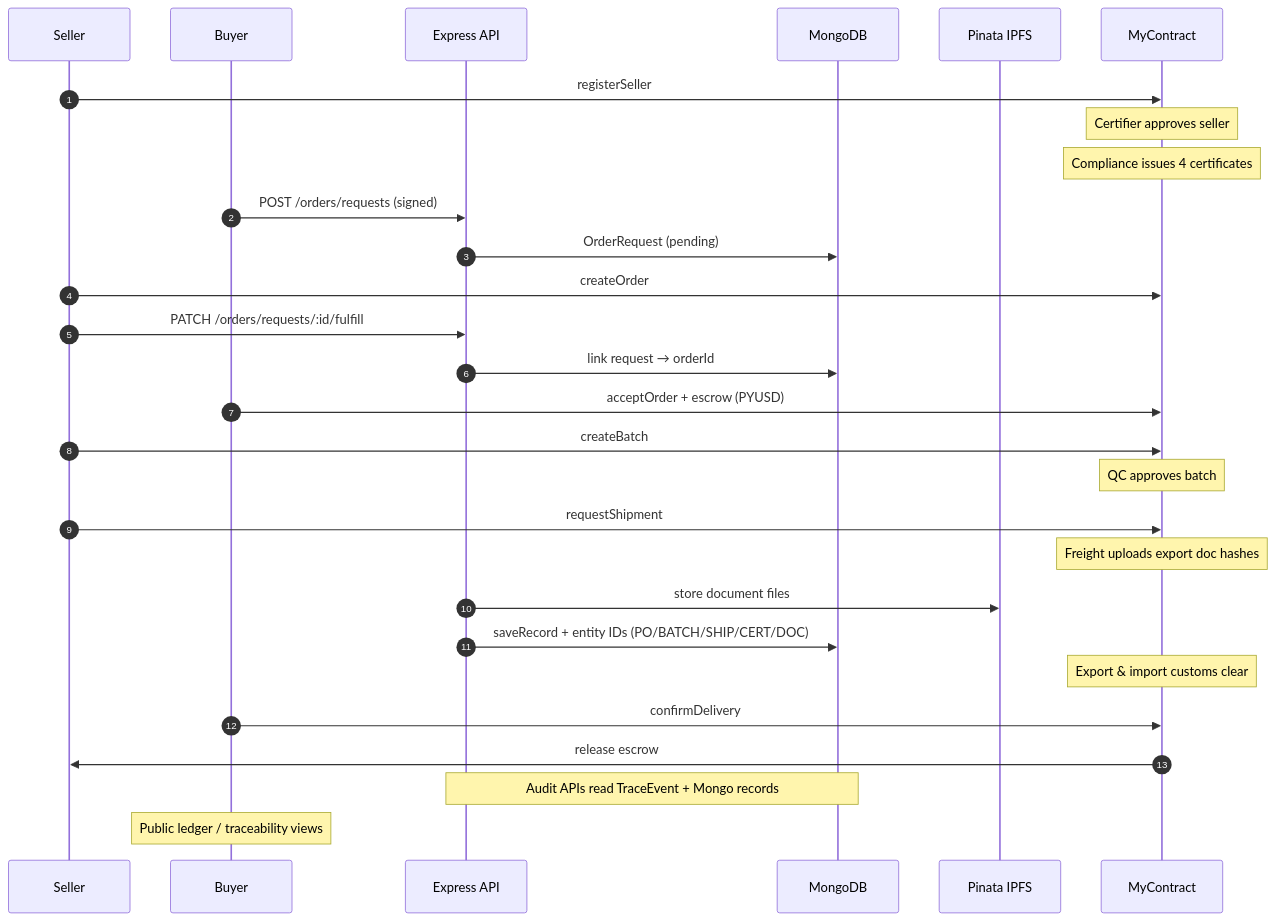
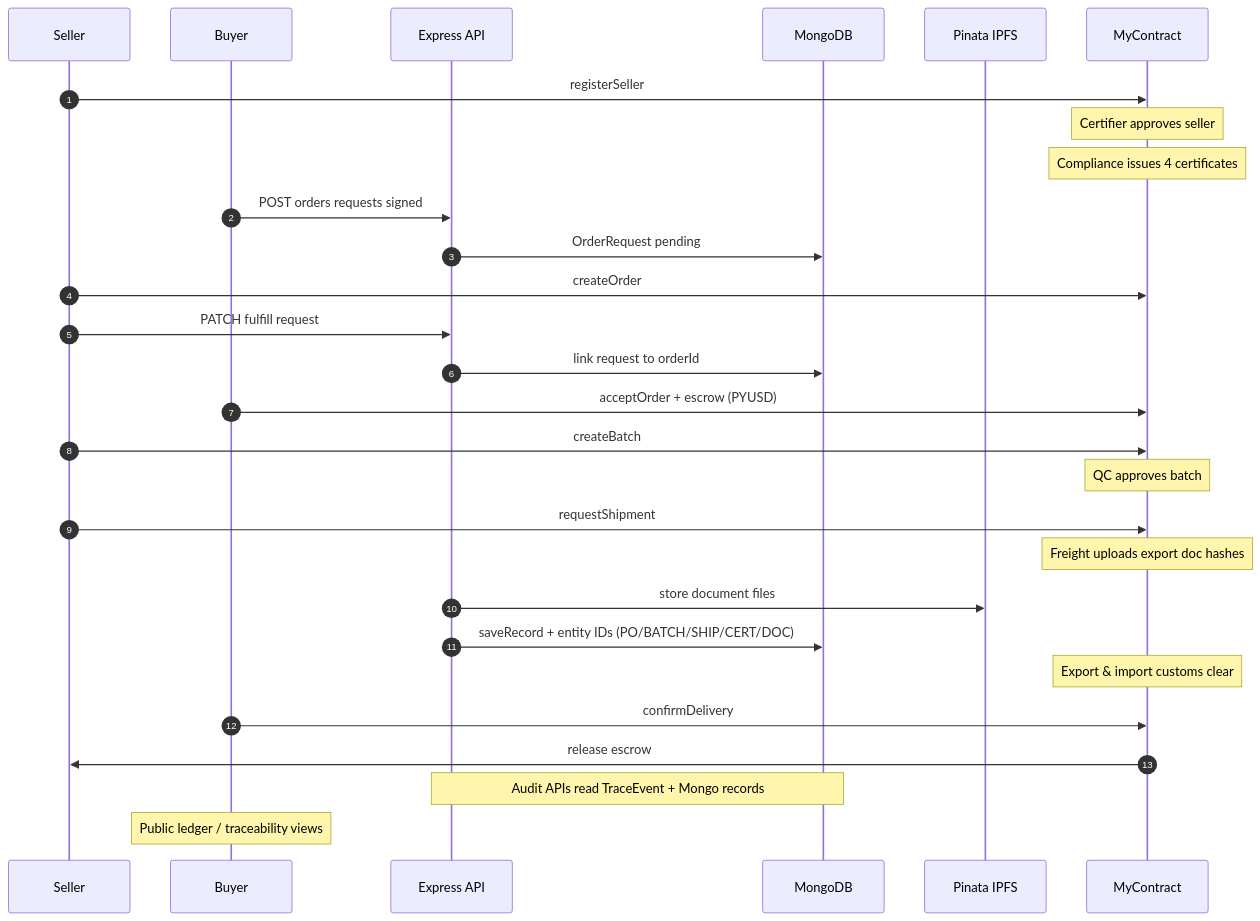
One commit to TheOnlyNaimur/Blockchain-in-RMG-sector-of-Bangladesh changed the second of 3 diagrams in README.md. Above: the diagram before and after it, drawn with Mermaid. The commit also changed other lines of this file, not shown here.

First line of the commit message:
Fix Mermaid Component Map syntax for GitHub rendering.

````diff
--- a/README.md
+++ b/README.md
@@ -94,35 +94,35 @@
 ```mermaid
 sequenceDiagram
   autonumber
   participant Seller
   participant Buyer
   participant API as Express API
   participant DB as MongoDB
   participant IPFS as Pinata IPFS
   participant SC as MyContract
 
   Seller->>SC: registerSeller
   Note over SC: Certifier approves seller
   Note over SC: Compliance issues 4 certificates
 
-  Buyer->>API: POST /orders/requests (signed)
-  API->>DB: OrderRequest (pending)
+  Buyer->>API: POST orders requests signed
+  API->>DB: OrderRequest pending
   Seller->>SC: createOrder
-  Seller->>API: PATCH /orders/requests/:id/fulfill
-  API->>DB: link request → orderId
+  Seller->>API: PATCH fulfill request
+  API->>DB: link request to orderId
 
   Buyer->>SC: acceptOrder + escrow (PYUSD)
   Seller->>SC: createBatch
   Note over SC: QC approves batch
   Seller->>SC: requestShipment
   Note over SC: Freight uploads export doc hashes
   API->>IPFS: store document files
   API->>DB: saveRecord + entity IDs (PO/BATCH/SHIP/CERT/DOC)
 
   Note over SC: Export & import customs clear
   Buyer->>SC: confirmDelivery
   SC->>Seller: release escrow
 
   Note over API,DB: Audit APIs read TraceEvent + Mongo records
   Note over Buyer: Public ledger / traceability views
 ```
````
